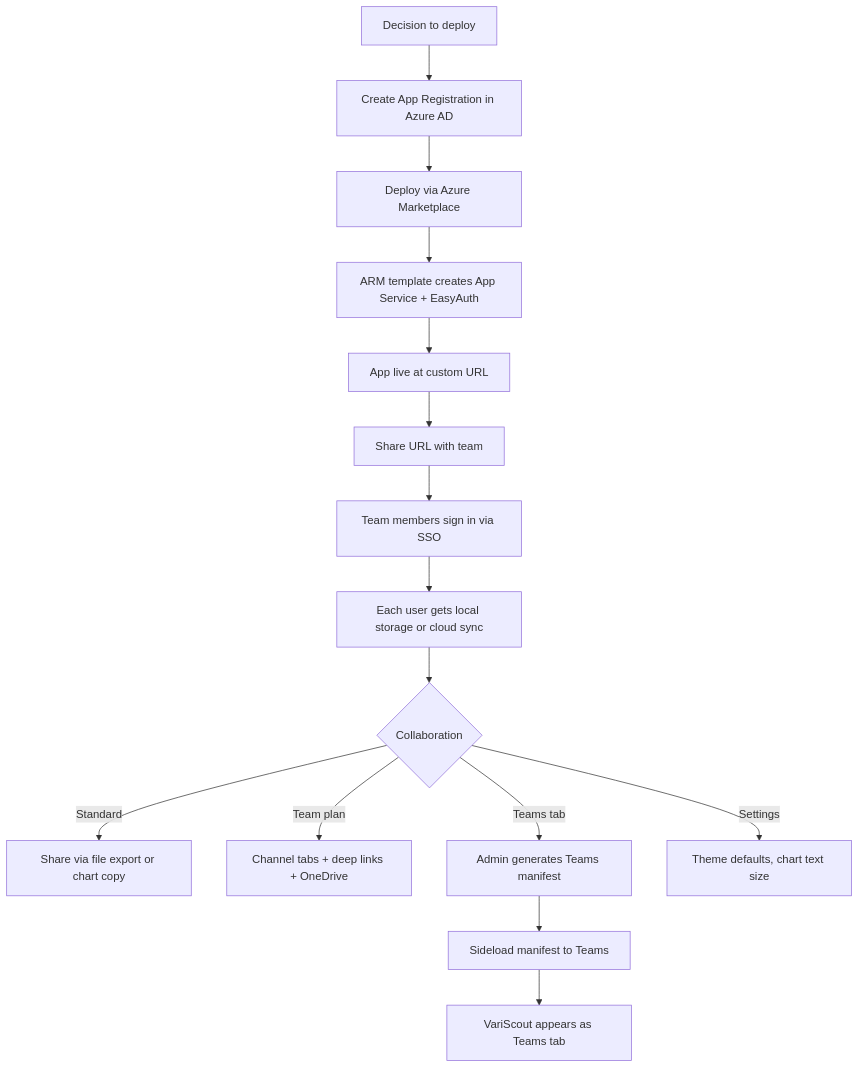
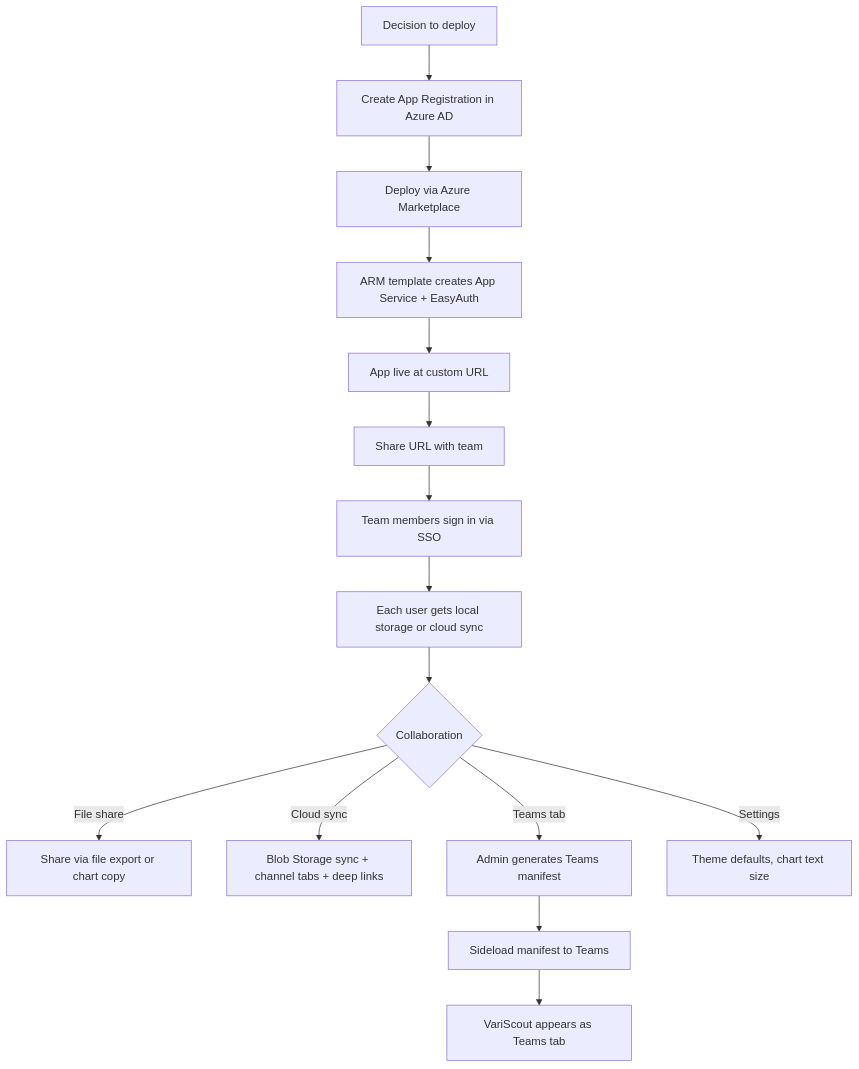
Before and after one commit to jukka-matti/variscout: the first of 2 diagrams in docs/02-journeys/flows/azure-team-collaboration.md, drawn with Mermaid. The commit also changed other lines of this file and 55 other files, not shown here.

````diff
--- a/docs/02-journeys/flows/azure-team-collaboration.md
+++ b/docs/02-journeys/flows/azure-team-collaboration.md
@@ -42,17 +42,17 @@
 ```mermaid
 flowchart TD
     A[Decision to deploy] --> B[Create App Registration in Azure AD]
     B --> C[Deploy via Azure Marketplace]
     C --> D[ARM template creates App Service + EasyAuth]
     D --> E[App live at custom URL]
     E --> F[Share URL with team]
     F --> G[Team members sign in via SSO]
     G --> H[Each user gets local storage or cloud sync]
     H --> I{Collaboration}
-    I -->|Standard| J[Share via file export or chart copy]
-    I -->|Team plan| J2[Channel tabs + deep links + OneDrive]
+    I -->|File share| J[Share via file export or chart copy]
+    I -->|Cloud sync| J2[Blob Storage sync + channel tabs + deep links]
     I -->|Teams tab| K[Admin generates Teams manifest]
     K --> L[Sideload manifest to Teams]
     L --> M[VariScout appears as Teams tab]
     I -->|Settings| N[Theme defaults, chart text size]
 ```
````
